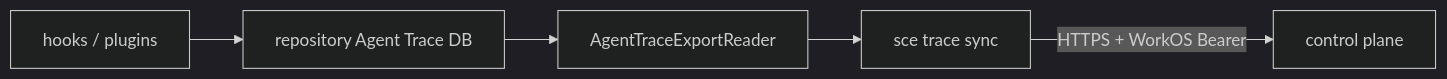
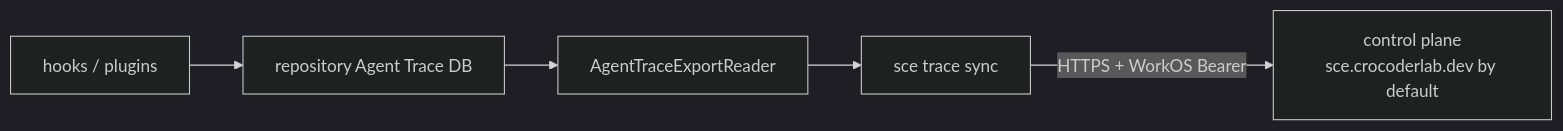
The diagram in context/cli/agent-trace-sync-command.md (crocoder-dev/shared-context-engineering), drawn with Mermaid (dark theme) before and after one commit. The commit also changed other lines of this file and 19 other files, not shown here.

````diff
--- a/context/cli/agent-trace-sync-command.md
+++ b/context/cli/agent-trace-sync-command.md
@@ -17,7 +17,7 @@
 ```mermaid
 flowchart LR
     A[hooks / plugins] --> B[repository Agent Trace DB]
     B --> C[AgentTraceExportReader]
     C --> D[sce trace sync]
-    D -- "HTTPS + WorkOS Bearer" --> E[control plane]
+    D -- "HTTPS + WorkOS Bearer" --> E[control plane<br/>sce.crocoderlab.dev by default]
 ```
````
